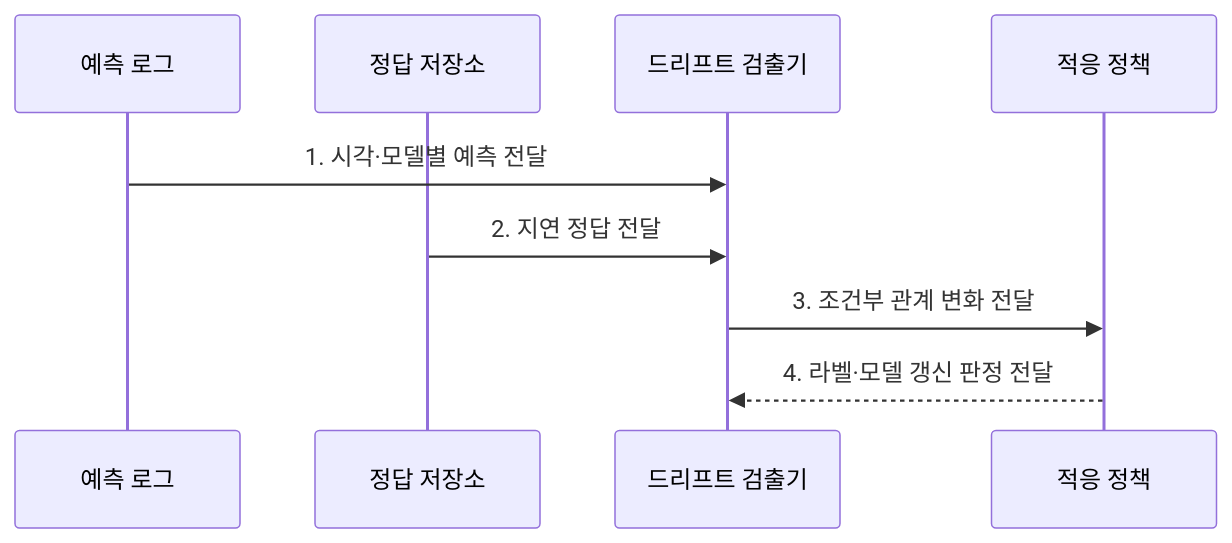
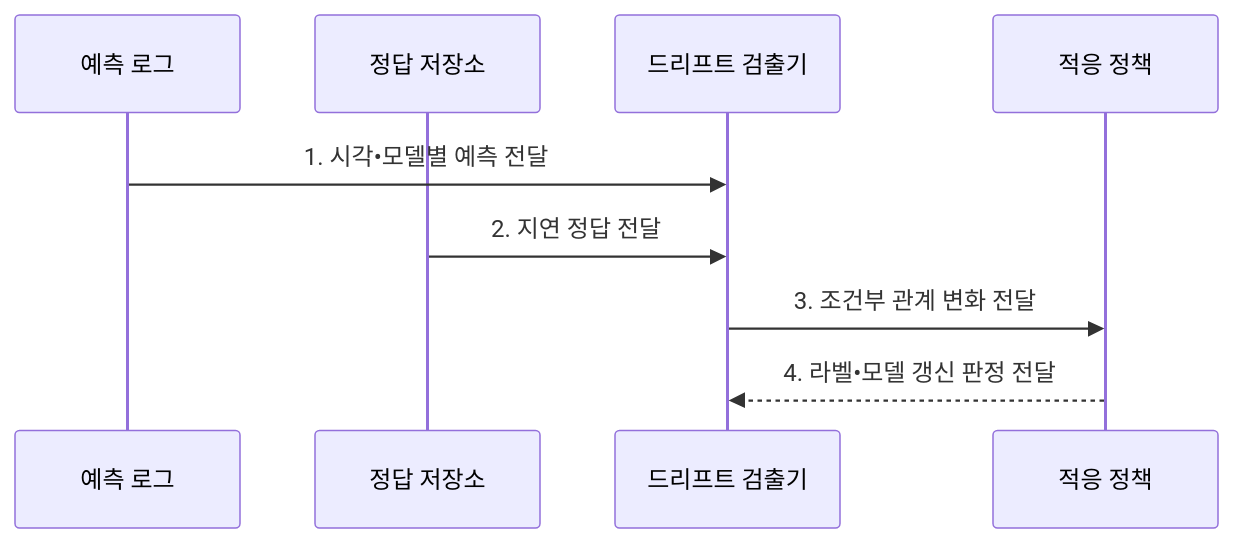
Before and after one commit to agnusdei1207/knowledge-base: the second of 2 diagrams in src/content/docs/notes/08-latest-tech/135_concept_drift.md, drawn with Mermaid. The commit also changed other lines of this file and 953 other files, not shown here.

````diff
--- a/src/content/docs/notes/08-latest-tech/135_concept_drift.md
+++ b/src/content/docs/notes/08-latest-tech/135_concept_drift.md
@@ -102,11 +102,11 @@
 ```mermaid
 sequenceDiagram
     participant P as 예측 로그
     participant L as 정답 저장소
     participant D as 드리프트 검출기
     participant A as 적응 정책
-    P->>D: 1. 시각·모델별 예측 전달
+    P->>D: 1. 시각•모델별 예측 전달
     L->>D: 2. 지연 정답 전달
     D->>A: 3. 조건부 관계 변화 전달
-    A-->>D: 4. 라벨·모델 갱신 판정 전달
+    A-->>D: 4. 라벨•모델 갱신 판정 전달
 ```
````
